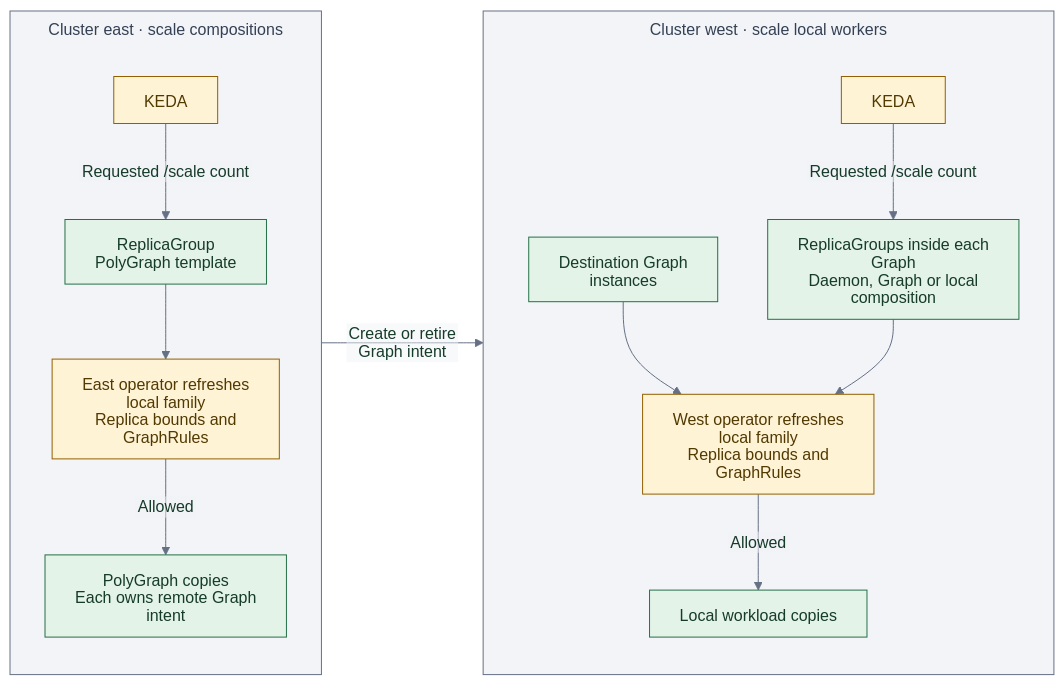
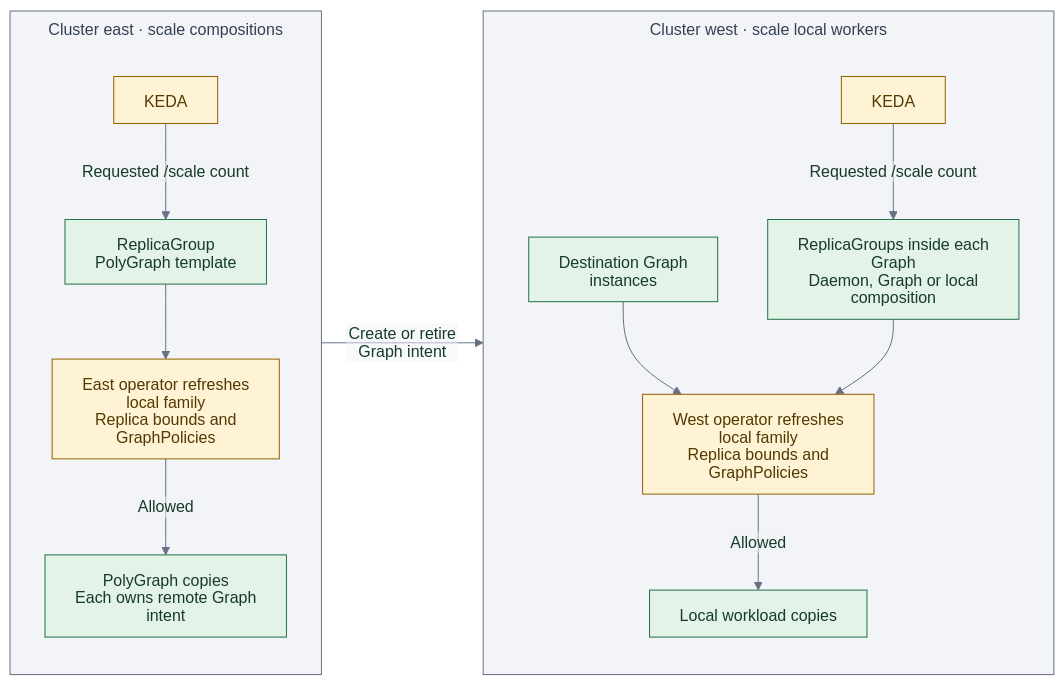
Before and after one commit to astrivant/polyad: the third of 6 diagrams in docs/deployment/multicluster.md, drawn with Mermaid. The commit also changed other lines of this file and 182 other files, not shown here.

Commit message:
GraphPolicies rename

````diff
--- a/docs/deployment/multicluster.md
+++ b/docs/deployment/multicluster.md
@@ -279,48 +279,48 @@
 ```mermaid
 ---
 config:
   theme: base
   htmlLabels: false
   themeVariables:
     primaryColor: "#e3f3e8"
     primaryBorderColor: "#247047"
     primaryTextColor: "#163b29"
     secondaryTextColor: "#513900"
     tertiaryTextColor: "#344054"
     clusterBkg: "#f2f4f7"
     clusterBorder: "#667085"
     titleColor: "#344054"
     edgeLabelBackground: "#f2f4f7"
     lineColor: "#667085"
   flowchart:
     subGraphTitleMargin:
       top: 8
       bottom: 20
 ---
 flowchart LR
     subgraph east["Cluster east · scale compositions"]
         direction TB
         sourceKeda["KEDA"]
         compositions["ReplicaGroup<br/>PolyGraph template"]
-        sourceCheck["East operator refreshes local family<br/>Replica bounds and GraphRules"]
+        sourceCheck["East operator refreshes local family<br/>Replica bounds and GraphPolicies"]
         copies["PolyGraph copies<br/>Each owns remote Graph intent"]
         sourceKeda -->|"Requested /scale count"| compositions
         compositions --> sourceCheck
         sourceCheck -->|"Allowed"| copies
     end
     subgraph west["Cluster west · scale local workers"]
         direction TB
         graphs["Destination Graph instances"]
-        targetCheck["West operator refreshes local family<br/>Replica bounds and GraphRules"]
+        targetCheck["West operator refreshes local family<br/>Replica bounds and GraphPolicies"]
         targetKeda["KEDA"]
         workers["ReplicaGroups inside each Graph<br/>Daemon, Graph or local composition"]
         pods["Local workload copies"]
         graphs --> targetCheck
         targetKeda -->|"Requested /scale count"| workers
         workers --> targetCheck
         targetCheck -->|"Allowed"| pods
     end
     east -->|"Create or retire<br/>Graph intent"| west
     classDef control fill:#fff3d6,stroke:#926000,color:#513900
     class sourceKeda,targetKeda,sourceCheck,targetCheck control
 ```
````
